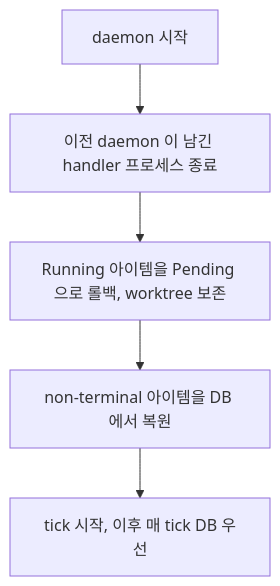
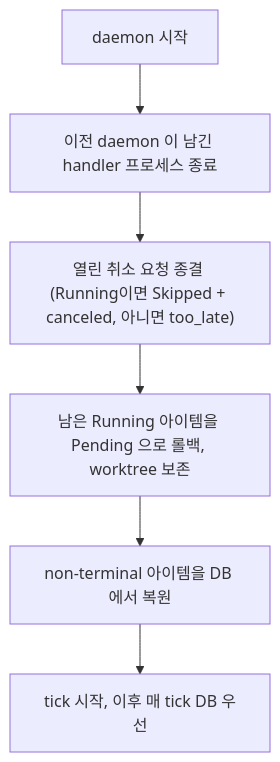
One commit to kys0213/belt changed the eighth of 8 diagrams in spec/concerns/queue-state-machine.md. Above: the diagram before and after it, drawn with Mermaid. The commit also changed other lines of this file and 1 other file, not shown here.

````diff
--- a/spec/concerns/queue-state-machine.md
+++ b/spec/concerns/queue-state-machine.md
@@ -288,7 +328,8 @@
 ```mermaid
 flowchart TD
     S["daemon 시작"] --> K["이전 daemon 이 남긴 handler 프로세스 종료"]
-    K --> RB["Running 아이템을 Pending 으로 롤백, worktree 보존"]
+    K --> CR["열린 취소 요청 종결 (Running이면 Skipped + canceled, 아니면 too_late)"]
+    CR --> RB["남은 Running 아이템을 Pending 으로 롤백, worktree 보존"]
     RB --> L["non-terminal 아이템을 DB 에서 복원"]
     L --> T["tick 시작, 이후 매 tick DB 우선"]
 ```
````
